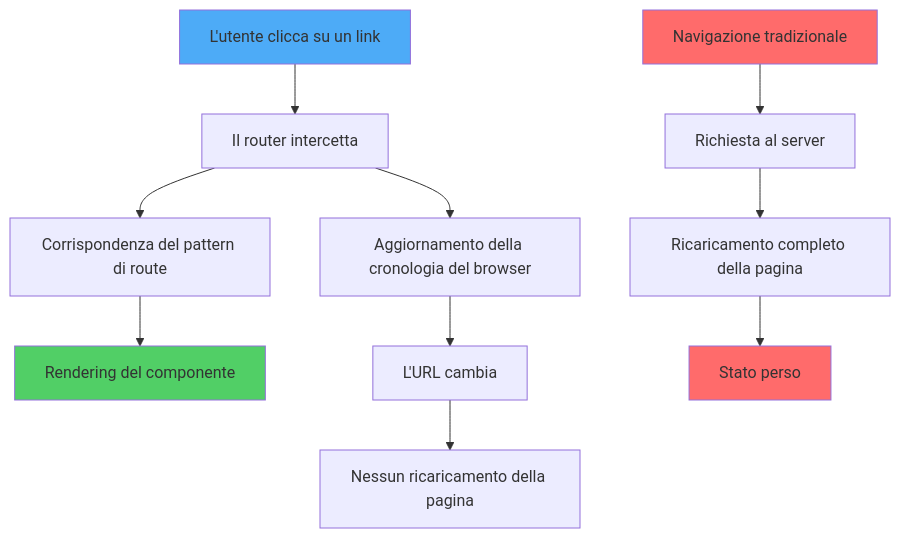
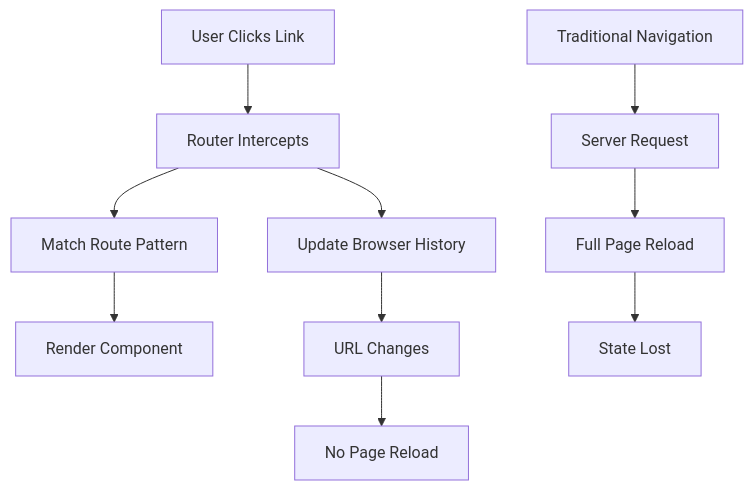
Before and after one commit to BabaScience/react-guides: the first of 6 diagrams in arguments/chapters/it/05-routing.md, drawn with Mermaid. The commit also changed other lines of this file and 29 other files, not shown here.

First line of the commit message:
Bring React FR/IT translations to full English parity + theme-safe diagrams

````diff
--- a/arguments/chapters/it/05-routing.md
+++ b/arguments/chapters/it/05-routing.md
@@ -13,19 +28,15 @@
 ```mermaid
 graph TD
-    A["L'utente clicca su un link"] --> B["Il router intercetta"]
-    B --> C["Aggiornamento della cronologia del browser"]
-    B --> D["Corrispondenza del pattern di route"]
-    D --> E["Rendering del componente"]
-
-    C --> F["L'URL cambia"]
-    F --> G["Nessun ricaricamento della pagina"]
-
-    H["Navigazione tradizionale"] --> I["Richiesta al server"]
-    I --> J["Ricaricamento completo della pagina"]
-    J --> K["Stato perso"]
-
-    style A fill:#4dabf7
-    style E fill:#51cf66
-    style H fill:#ff6b6b
-    style K fill:#ff6b6b
+    A[User Clicks Link] --> B[Router Intercepts]
+    B --> C[Update Browser History]
+    B --> D[Match Route Pattern]
+    D --> E[Render Component]
+    
+    C --> F[URL Changes]
+    F --> G[No Page Reload]
+    
+    H[Traditional Navigation] --> I[Server Request]
+    I --> J[Full Page Reload]
+    J --> K[State Lost]
+    
 ```
````
